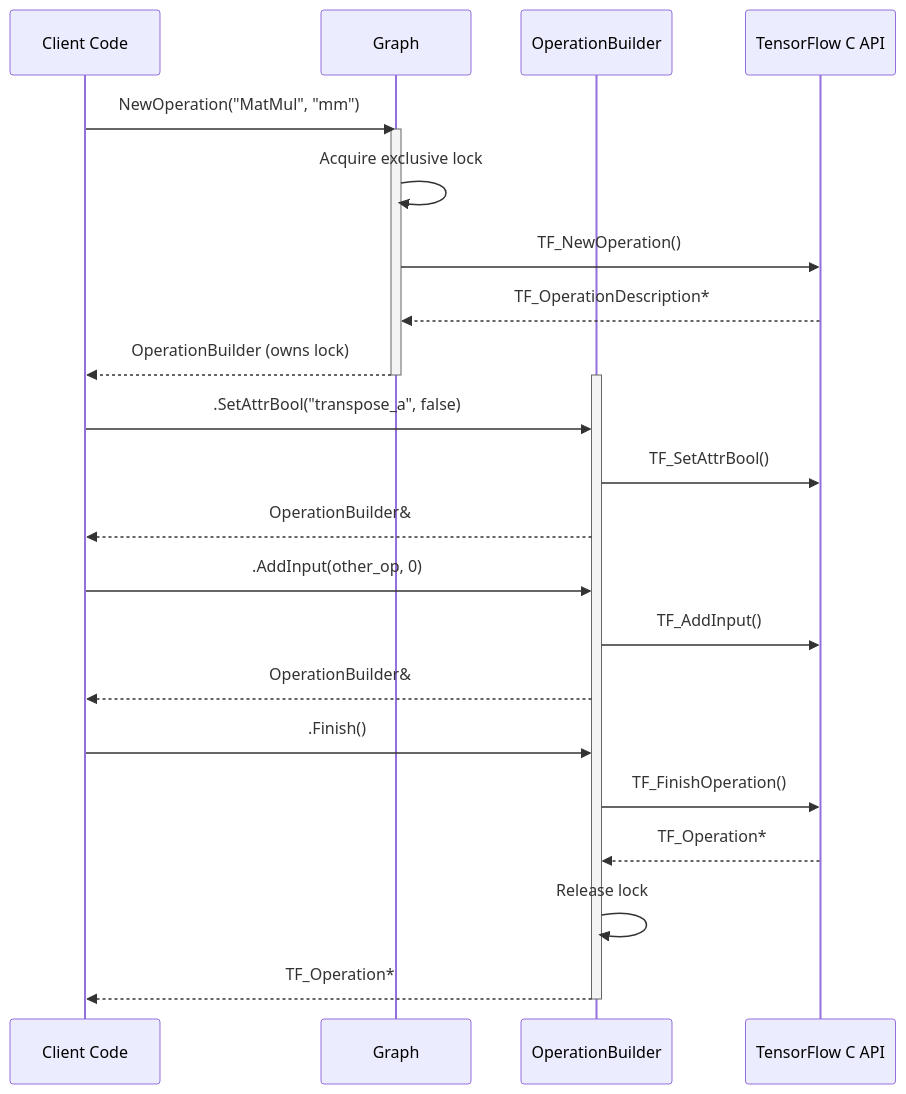
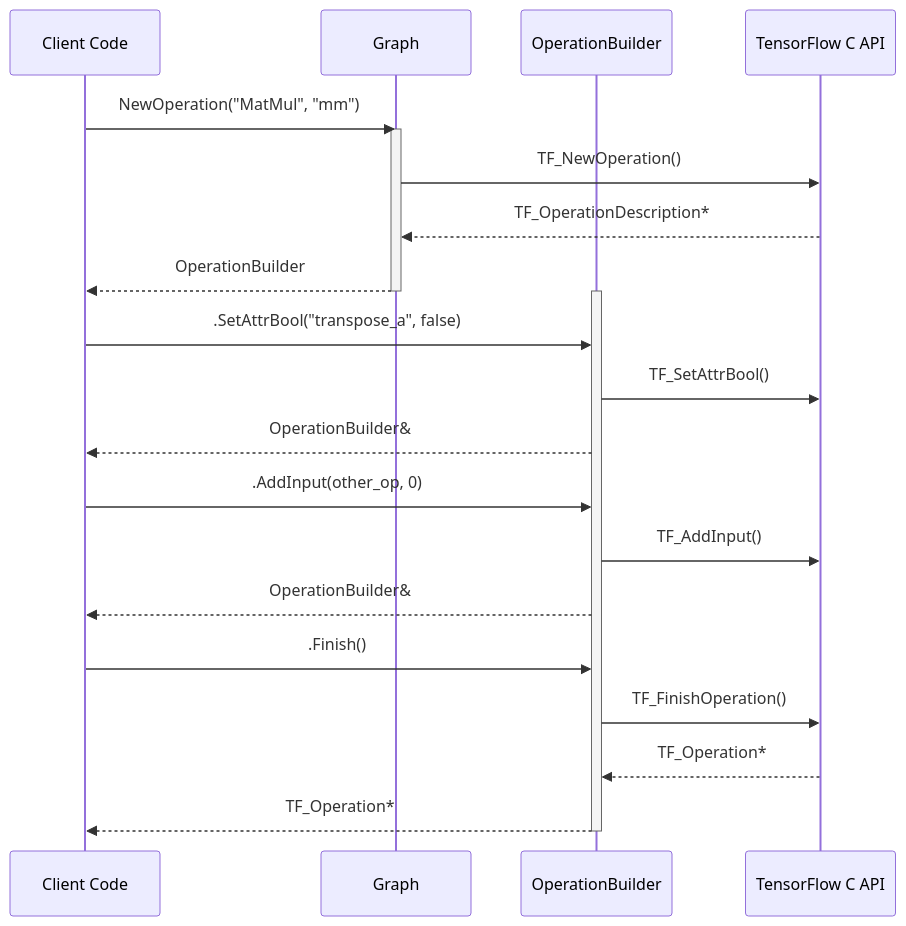
Before and after one commit to schroedermatthew/TensorFlowWrap: the third of 4 diagrams in docs/User Manual - TensorFlow C++20 Wrapper.md, drawn with Mermaid. The commit also changed other lines of this file and 18 other files, not shown here.

````diff
--- a/docs/User Manual - TensorFlow C++20 Wrapper.md
+++ b/docs/User Manual - TensorFlow C++20 Wrapper.md
@@ -523,31 +461,29 @@
 ```mermaid
 sequenceDiagram
     participant C as Client Code
     participant G as Graph
     participant B as OperationBuilder
     participant TF as TensorFlow C API
     
     C->>G: NewOperation("MatMul", "mm")
     activate G
-    G->>G: Acquire exclusive lock
     G->>TF: TF_NewOperation()
     TF-->>G: TF_OperationDescription*
-    G-->>C: OperationBuilder (owns lock)
+    G-->>C: OperationBuilder
     deactivate G
     
     activate B
     C->>B: .SetAttrBool("transpose_a", false)
     B->>TF: TF_SetAttrBool()
     B-->>C: OperationBuilder&
     
     C->>B: .AddInput(other_op, 0)
     B->>TF: TF_AddInput()
     B-->>C: OperationBuilder&
     
     C->>B: .Finish()
     B->>TF: TF_FinishOperation()
     TF-->>B: TF_Operation*
-    B->>B: Release lock
     B-->>C: TF_Operation*
     deactivate B
 ```
````
